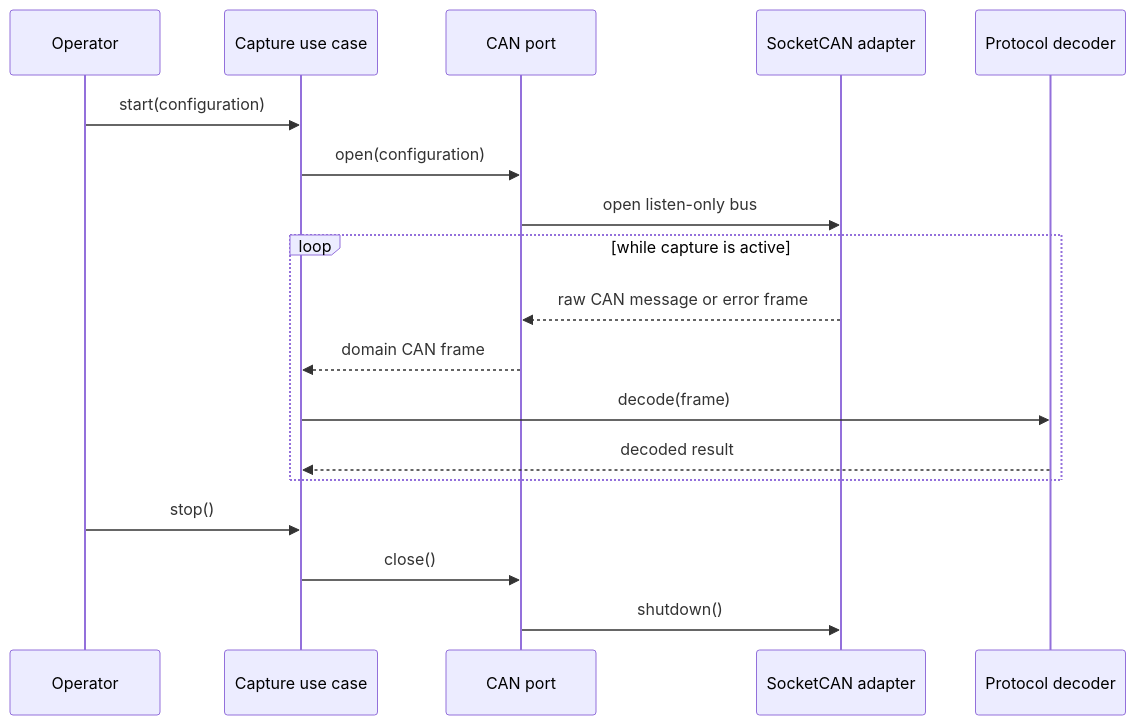
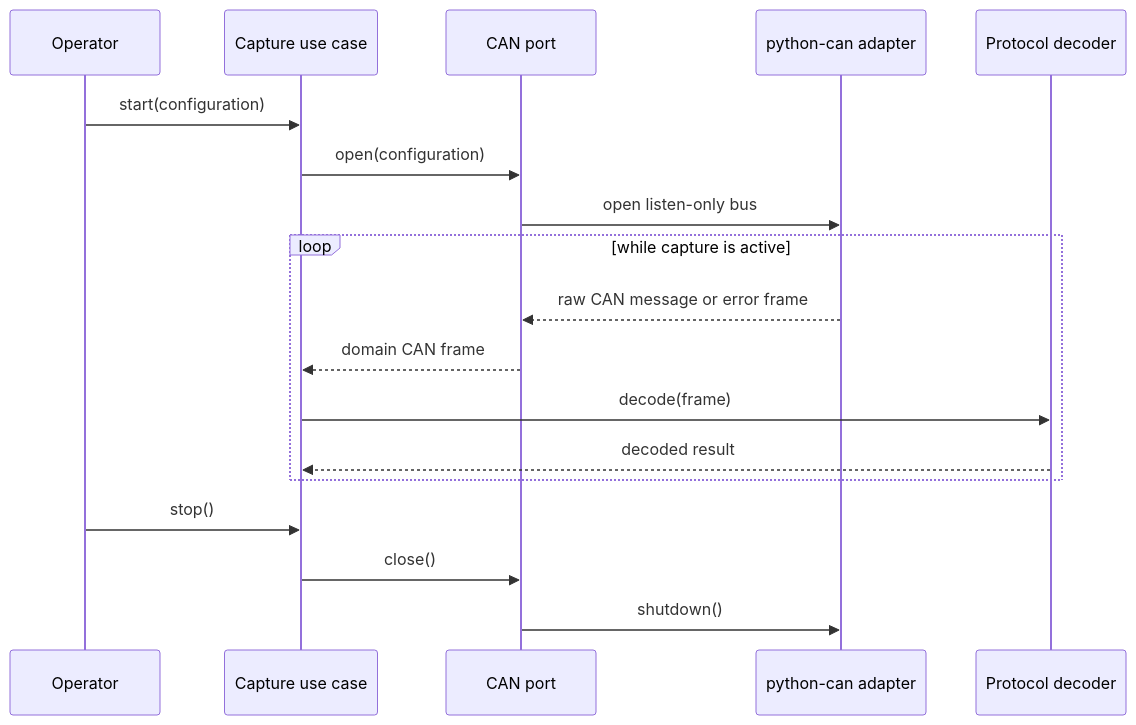
Before and after one commit to benoit-bremaud/can-sniffer: the diagram in docs/architecture/diagrams/can-capture/02-sequence-capture.md, drawn with Mermaid. The commit also changed other lines of this file and 14 other files, not shown here.

````diff
--- a/docs/architecture/diagrams/can-capture/02-sequence-capture.md
+++ b/docs/architecture/diagrams/can-capture/02-sequence-capture.md
@@ -9,21 +11,21 @@
 ```mermaid
 sequenceDiagram
     participant Operator
     participant UseCase as Capture use case
     participant Port as CAN port
-    participant Adapter as SocketCAN adapter
+    participant Adapter as python-can adapter
     participant Decoder as Protocol decoder
 
     Operator->>UseCase: start(configuration)
     UseCase->>Port: open(configuration)
     Port->>Adapter: open listen-only bus
     loop while capture is active
         Adapter-->>Port: raw CAN message or error frame
         Port-->>UseCase: domain CAN frame
         UseCase->>Decoder: decode(frame)
         Decoder-->>UseCase: decoded result
     end
     Operator->>UseCase: stop()
     UseCase->>Port: close()
     Port->>Adapter: shutdown()
 ```
````
